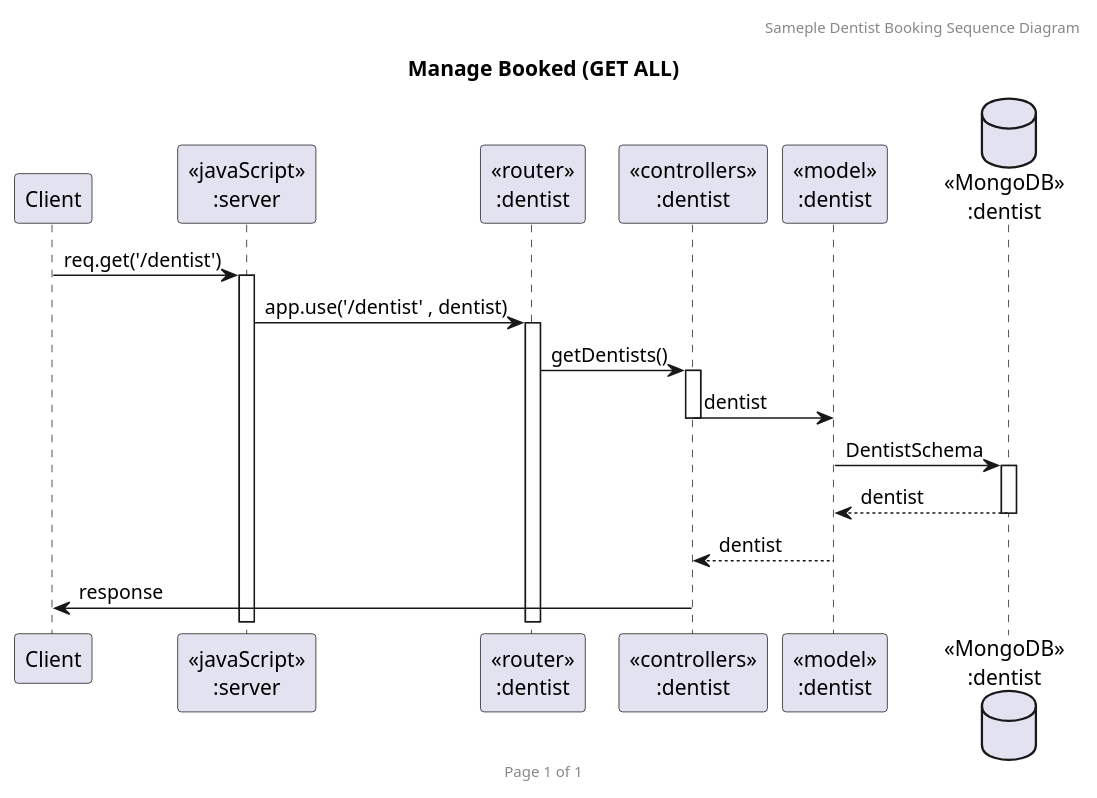
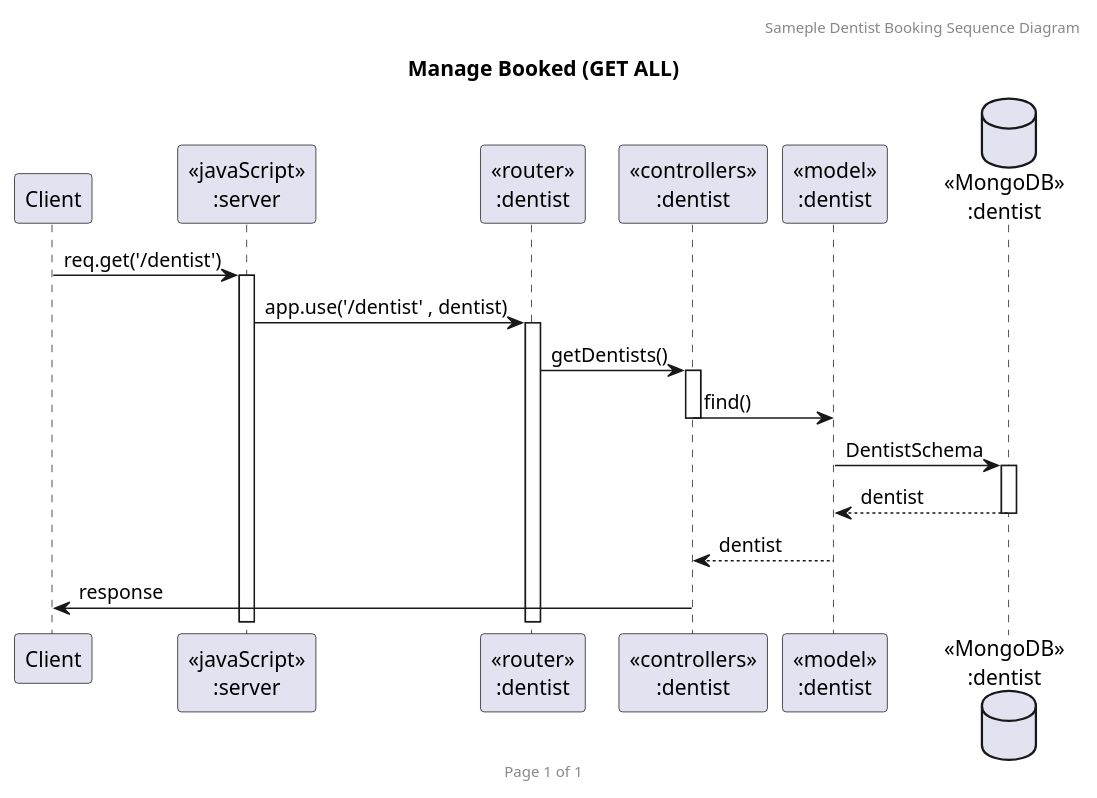
One commit to 2110503TACEDT66/presentation-day-1-kkkykkhkhwcr changed the diagram in Diagram/dentist/getDentists.puml. Above: the diagram before and after it, drawn with PlantUML. The commit also changed 8 other files, not shown here.

```diff
--- a/Diagram/dentist/getDentists.puml
+++ b/Diagram/dentist/getDentists.puml
@@ -1,24 +1,24 @@
 @startuml Manage Dentist (GET ALL)
 
 header Sameple Dentist Booking Sequence Diagram
 footer Page %page% of %lastpage%
 title "Manage Booked (GET ALL)"
 
 participant "Client" as client
 participant "<<javaScript>>\n:server" as server
 participant "<<router>>\n:dentist" as routerDentist
 participant "<<controllers>>\n:dentist" as controllersDentist
 participant "<<model>>\n:dentist" as modelDentist
 database "<<MongoDB>>\n:dentist" as DentistDatabase
 
 client->server ++:req.get('/dentist')
 server->routerDentist ++:app.use('/dentist' , dentist)
 routerDentist -> controllersDentist ++:getDentists()
-controllersDentist -> modelDentist --:dentist
+controllersDentist -> modelDentist --:find()
 modelDentist ->DentistDatabase ++: DentistSchema
 DentistDatabase --> modelDentist --: dentist
 controllersDentist <-- modelDentist --:dentist
 
 controllersDentist->client --:response
 
 @enduml
```
